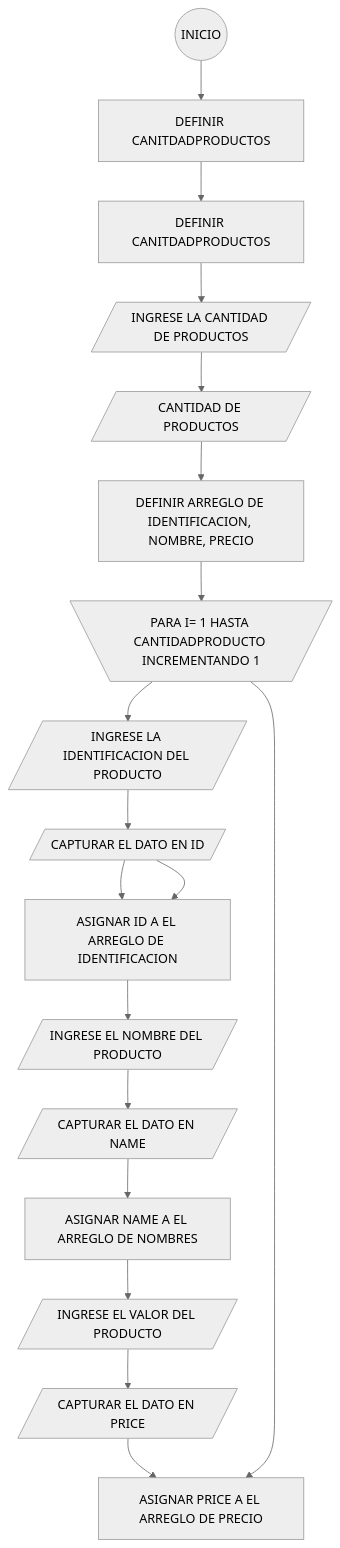
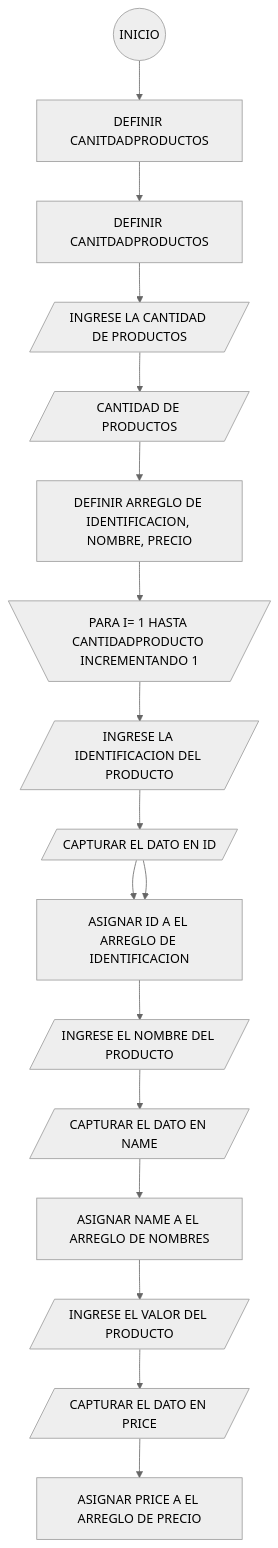
Before and after one commit to Deison12/Taller1.github.io: the diagram in README.MD, drawn with Mermaid (neutral theme).

````diff
--- a/README.MD
+++ b/README.MD
@@ -15,39 +15,39 @@
 ```mermaid
  flowchart TD
  A(("INICIO"))
  B[DEFINIR CANITDADPRODUCTOS]
  C[DEFINIR CANITDADPRODUCTOS]
  D[/INGRESE LA CANTIDAD DE PRODUCTOS/]
  E[/CANTIDAD DE PRODUCTOS/]
  F[DEFINIR ARREGLO DE IDENTIFICACION, NOMBRE, PRECIO]
  G[\PARA I= 1 HASTA CANTIDADPRODUCTO INCREMENTANDO 1/]
  H[/INGRESE LA IDENTIFICACION DEL PRODUCTO/]
  I[/CAPTURAR EL DATO EN ID/]
  J[ASIGNAR ID A EL ARREGLO DE IDENTIFICACION]
  K[/INGRESE EL NOMBRE DEL PRODUCTO/]
  L[/CAPTURAR EL DATO EN NAME/]
  Ñ[ASIGNAR NAME A EL ARREGLO DE NOMBRES]
  O[/INGRESE EL VALOR DEL PRODUCTO/]
  P[/CAPTURAR EL DATO EN PRICE/]
  Q[ASIGNAR PRICE A EL ARREGLO DE PRECIO]
     A-->B;
     B-->C;
     C-->D;
     D-->E;
     E-->F;
     F-->G;
     G-->H;
     H-->I;
     I-->J;
     J-->K;
     K-->L;
     L-->Ñ;
     Ñ-->O;
     O-->P;
     I-->J;
     P-->Q;
-    G-->Q;
+    
    
     
     
 ```
````
